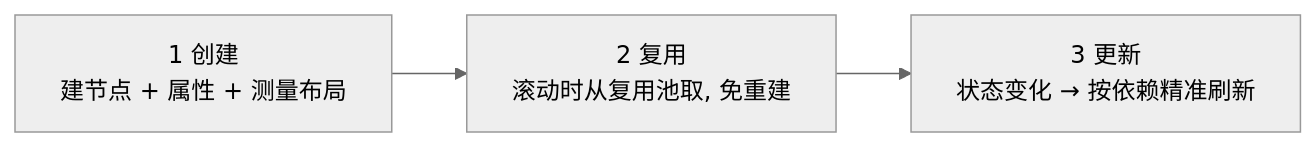
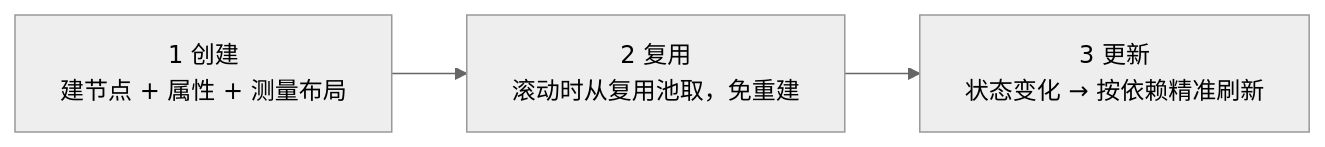
The diagram in docs/性能/组件/组件创建、复用与更新的性能瓶颈.md (vchici/KnowledgeBase), drawn with Mermaid (neutral theme) before and after one commit. The commit also changed other lines of this file, not shown here.

````diff
--- a/docs/性能/组件/组件创建、复用与更新的性能瓶颈.md
+++ b/docs/性能/组件/组件创建、复用与更新的性能瓶颈.md
@@ -7,4 +7,4 @@
 ```mermaid
 flowchart LR
-    A["1 创建<br/>建节点 + 属性 + 测量布局"] --> B["2 复用<br/>滚动时从复用池取, 免重建"] --> C["3 更新<br/>状态变化 → 按依赖精准刷新"]
+    A["1 创建<br/>建节点 + 属性 + 测量布局"] --> B["2 复用<br/>滚动时从复用池取，免重建"] --> C["3 更新<br/>状态变化 → 按依赖精准刷新"]
 ```
````
